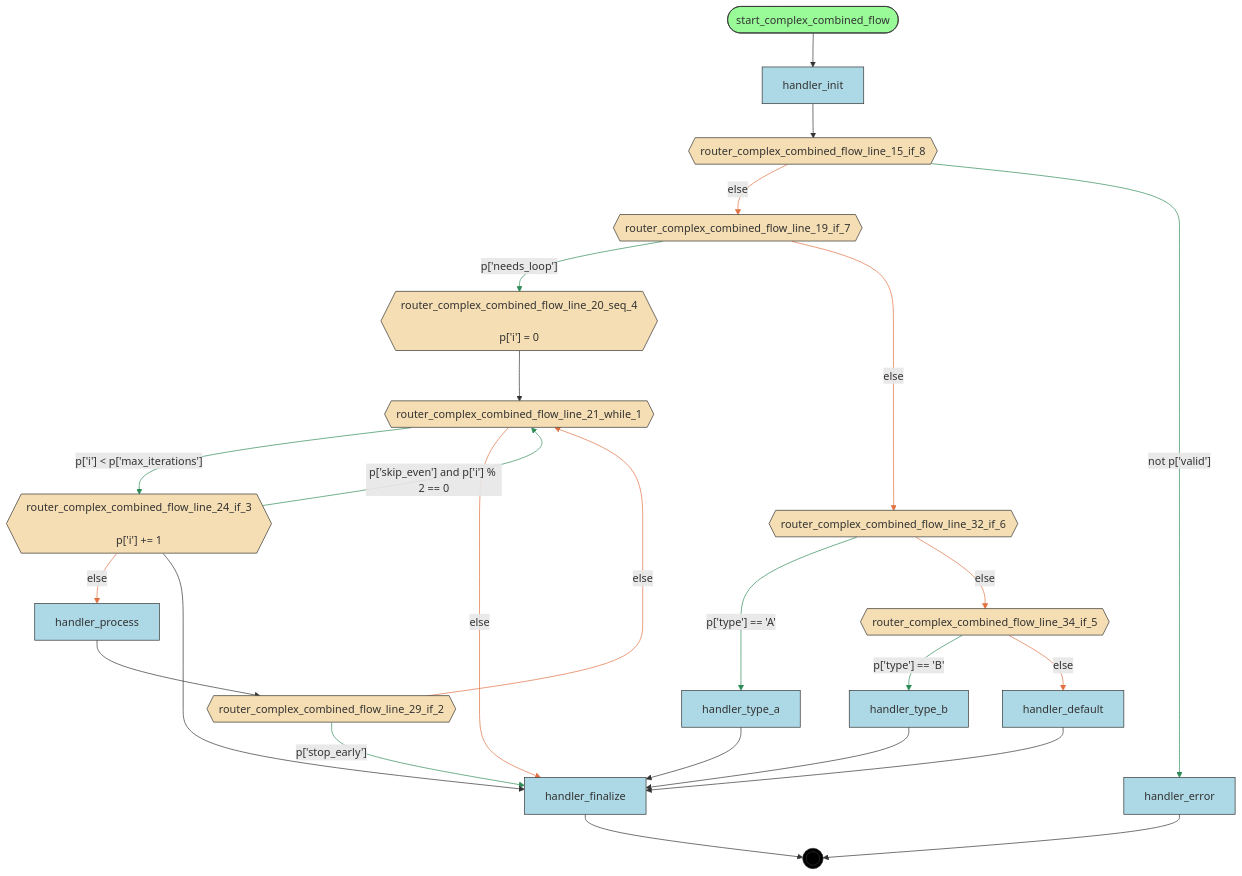
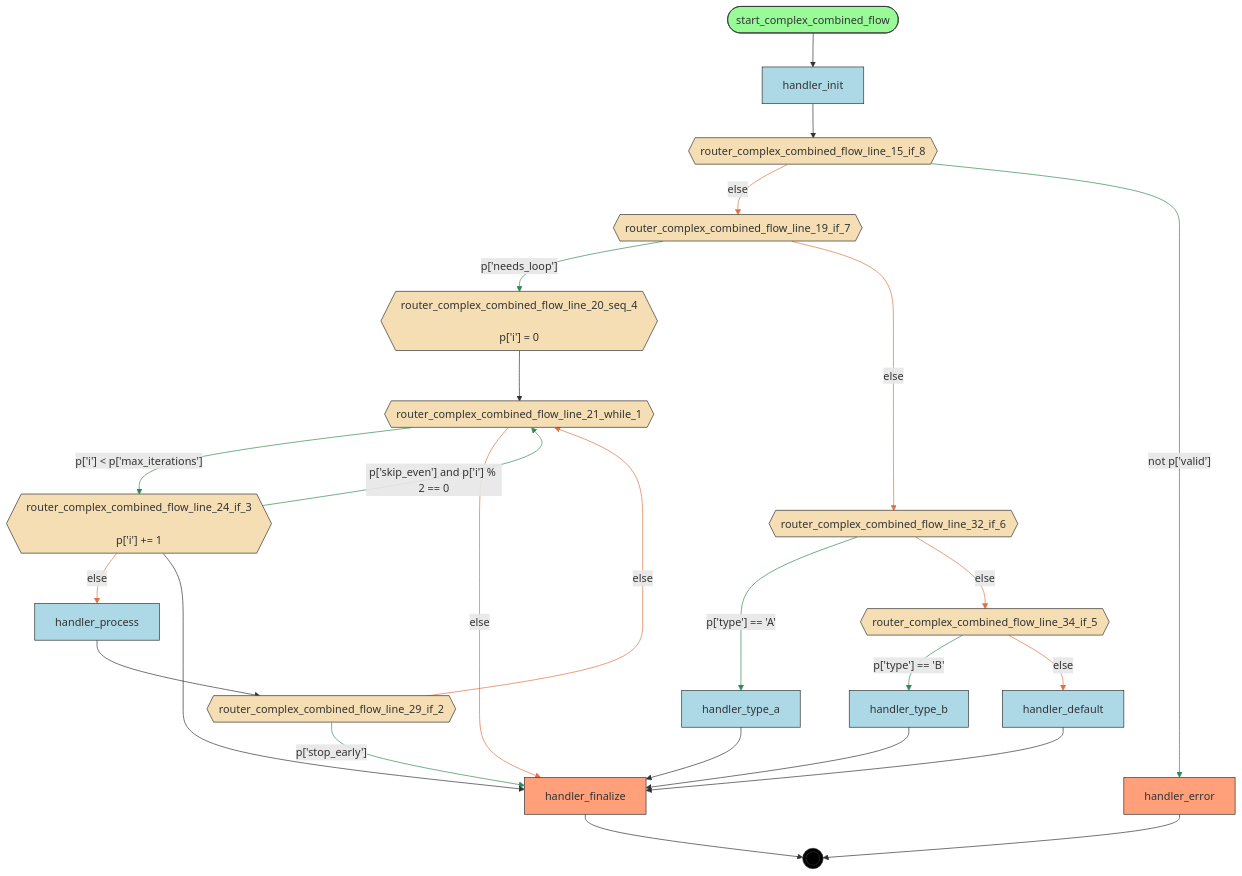
Before and after one commit to deliveryhero/asya: the diagram in examples/flows/compiled/complex_combined/flow.mmd, drawn with Mermaid. The commit also changed 364 other files, not shown here.

First line of the commit message:
feat(compiler): Phase 2 — 5-step pipeline with manifest generation and FlowInfo (#339)

```diff
--- a/examples/flows/compiled/complex_combined/flow.mmd
+++ b/examples/flows/compiled/complex_combined/flow.mmd
@@ -1,56 +1,58 @@
 flowchart TD
     %% Flow: complex_combined_flow
 
     handler_default[handler_default]
     handler_error[handler_error]
     handler_finalize[handler_finalize]
     handler_init[handler_init]
     handler_process[handler_process]
     handler_type_a[handler_type_a]
     handler_type_b[handler_type_b]
     router_complex_combined_flow_line_15_if_8{{router_complex_combined_flow_line_15_if_8}}
     router_complex_combined_flow_line_19_if_7{{router_complex_combined_flow_line_19_if_7}}
     router_complex_combined_flow_line_20_seq_4{{"router_complex_combined_flow_line_20_seq_4<br/><br/>p['i'] = 0"}}
     router_complex_combined_flow_line_21_while_1{{router_complex_combined_flow_line_21_while_1}}
     router_complex_combined_flow_line_24_if_3{{"router_complex_combined_flow_line_24_if_3<br/><br/>p['i'] += 1"}}
     router_complex_combined_flow_line_29_if_2{{router_complex_combined_flow_line_29_if_2}}
     router_complex_combined_flow_line_32_if_6{{router_complex_combined_flow_line_32_if_6}}
     router_complex_combined_flow_line_34_if_5{{router_complex_combined_flow_line_34_if_5}}
     start_complex_combined_flow([start_complex_combined_flow])
     __end__((( )))
 
     start_complex_combined_flow --> handler_init
     handler_init --> router_complex_combined_flow_line_15_if_8
     router_complex_combined_flow_line_29_if_2 -->|"p['stop_early']"| handler_finalize
     router_complex_combined_flow_line_24_if_3 -->|"p['skip_even'] and p['i'] % 2 == 0"| router_complex_combined_flow_line_21_while_1
     router_complex_combined_flow_line_24_if_3 -->|"else"| handler_process
     handler_process --> router_complex_combined_flow_line_29_if_2
     router_complex_combined_flow_line_21_while_1 -->|"p['i'] < p['max_iterations']"| router_complex_combined_flow_line_24_if_3
     router_complex_combined_flow_line_21_while_1 -->|"else"| handler_finalize
     router_complex_combined_flow_line_20_seq_4 --> router_complex_combined_flow_line_21_while_1
     router_complex_combined_flow_line_34_if_5 -->|"p['type'] == 'B'"| handler_type_b
     router_complex_combined_flow_line_34_if_5 -->|"else"| handler_default
     router_complex_combined_flow_line_32_if_6 -->|"p['type'] == 'A'"| handler_type_a
     router_complex_combined_flow_line_32_if_6 -->|"else"| router_complex_combined_flow_line_34_if_5
     router_complex_combined_flow_line_19_if_7 -->|"p['needs_loop']"| router_complex_combined_flow_line_20_seq_4
     router_complex_combined_flow_line_19_if_7 -->|"else"| router_complex_combined_flow_line_32_if_6
     router_complex_combined_flow_line_15_if_8 -->|"else"| router_complex_combined_flow_line_19_if_7
     router_complex_combined_flow_line_15_if_8 -->|"not p['valid']"| handler_error
     router_complex_combined_flow_line_29_if_2 -->|"else"| router_complex_combined_flow_line_21_while_1
     handler_type_a --> handler_finalize
     handler_type_b --> handler_finalize
     handler_default --> handler_finalize
     router_complex_combined_flow_line_24_if_3 --> handler_finalize
     handler_error --> __end__
     handler_finalize --> __end__
 
-    classDef entrypoint fill:#98FB98,stroke:#333
+    classDef start fill:#98FB98,stroke:#333
+    classDef endnode fill:#FFA07A,stroke:#333
     classDef router fill:#F5DEB3,stroke:#333
     classDef handler fill:#ADD8E6,stroke:#333
     classDef endpoint fill:#000,stroke:#333,color:#fff
-    class start_complex_combined_flow entrypoint
+    class start_complex_combined_flow start
+    class handler_error,handler_finalize endnode
     class router_complex_combined_flow_line_15_if_8,router_complex_combined_flow_line_19_if_7,router_complex_combined_flow_line_20_seq_4,router_complex_combined_flow_line_21_while_1,router_complex_combined_flow_line_24_if_3,router_complex_combined_flow_line_29_if_2,router_complex_combined_flow_line_32_if_6,router_complex_combined_flow_line_34_if_5 router
-    class handler_default,handler_error,handler_finalize,handler_init,handler_process,handler_type_a,handler_type_b handler
+    class handler_default,handler_init,handler_process,handler_type_a,handler_type_b handler
     class __end__ endpoint
     linkStyle 2,3,6,9,11,13,16 stroke:#2E8B57
     linkStyle 4,7,10,12,14,15,17 stroke:#E07040
```
